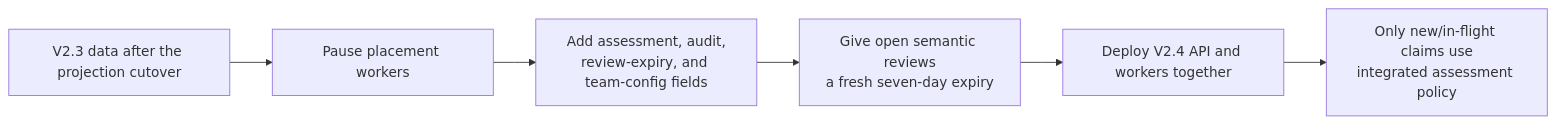
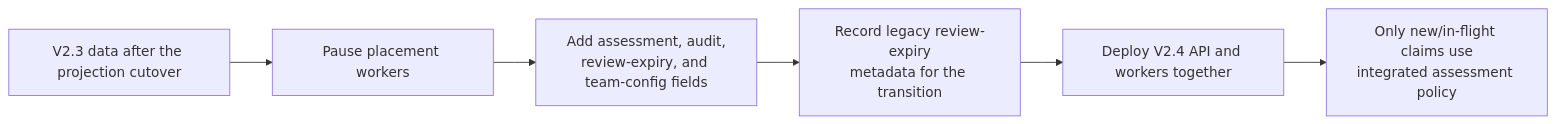
Before and after one commit to markhuangai/dense-mem: the ninth of 12 diagrams in Data-Model-And-Storage.md, drawn with Mermaid. The commit also changed other lines of this file and 20 other files, not shown here.

````diff
--- a/Data-Model-And-Storage.md
+++ b/Data-Model-And-Storage.md
@@ -581,9 +576,9 @@
 ```mermaid
 %%{init: {"flowchart": {"curve": "linear"}}}%%
 flowchart LR
   Baseline["V2.3 data after the projection cutover"] --> Pause["Pause placement workers"]
   Pause --> Additive["Add assessment, audit,<br/>review-expiry, and team-config fields"]
-  Additive --> TTL["Give open semantic reviews<br/>a fresh seven-day expiry"]
+  Additive --> TTL["Record legacy review-expiry<br/>metadata for the transition"]
   TTL --> Deploy["Deploy V2.4 API and workers together"]
   Deploy --> New["Only new/in-flight claims use<br/>integrated assessment policy"]
 ```
````
